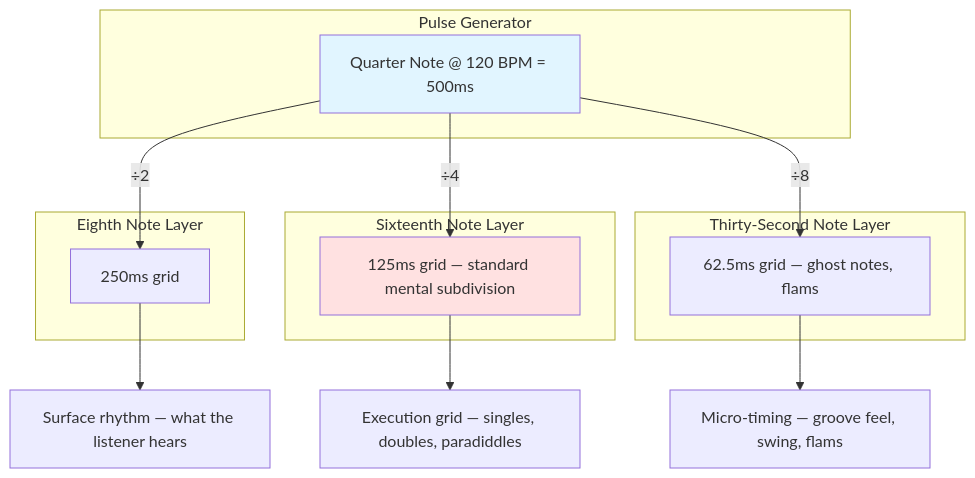
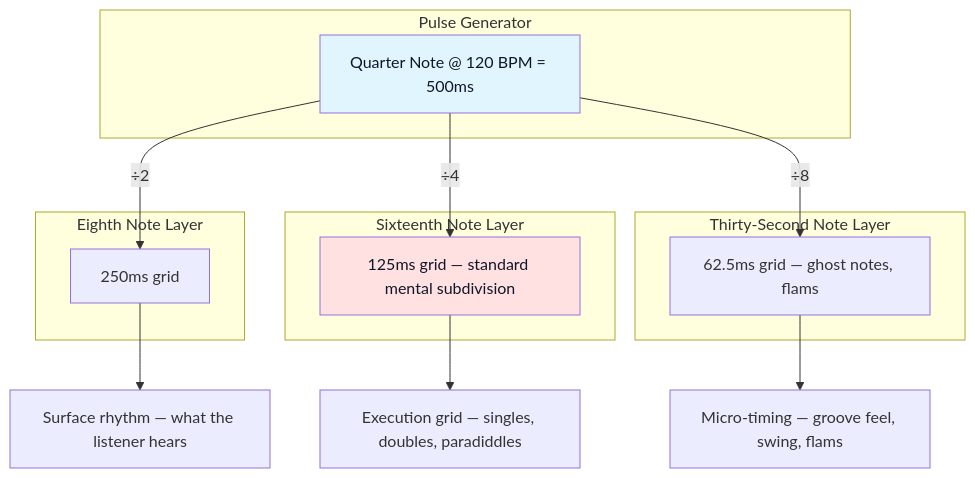
The first of 5 diagrams in topics/arts/music_performance/drums/lesson_02_four_limb_independence.md (blebleblee/synapse), drawn with Mermaid before and after one commit. The commit also changed other lines of this file and 1464 other files, not shown here.

Commit message:
feat(release): curriculum vector mermaid upgrade, render hardening, and master synpack

````diff
--- a/topics/arts/music_performance/drums/lesson_02_four_limb_independence.md
+++ b/topics/arts/music_performance/drums/lesson_02_four_limb_independence.md
@@ -23,29 +23,29 @@
 ```mermaid
 graph TD
     subgraph sub_pulse ["Pulse Generator"]
         pulse["Quarter Note @ 120 BPM = 500ms"]
     end
 
     subgraph sub_eighth ["Eighth Note Layer"]
         eighth["250ms grid"]
     end
 
     subgraph sub_sixteenth ["Sixteenth Note Layer"]
         sixteenth["125ms grid — standard mental subdivision"]
     end
 
     subgraph sub_thirtysecond ["Thirty-Second Note Layer"]
         thirtysecond["62.5ms grid — ghost notes, flams"]
     end
 
     pulse -->|"÷2"| eighth
     pulse -->|"÷4"| sixteenth
     pulse -->|"÷8"| thirtysecond
 
     eighth --> surface["Surface rhythm — what the listener hears"]
     sixteenth --> standard["Execution grid — singles, doubles, paradiddles"]
     thirtysecond --> micro["Micro-timing — groove feel, swing, flams"]
 
-    style pulse fill:#e1f5ff
-    style sixteenth fill:#ffe1e1
+    style pulse fill:#e1f5ff,color:#0f172a
+    style sixteenth fill:#ffe1e1,color:#0f172a
 ```
````
